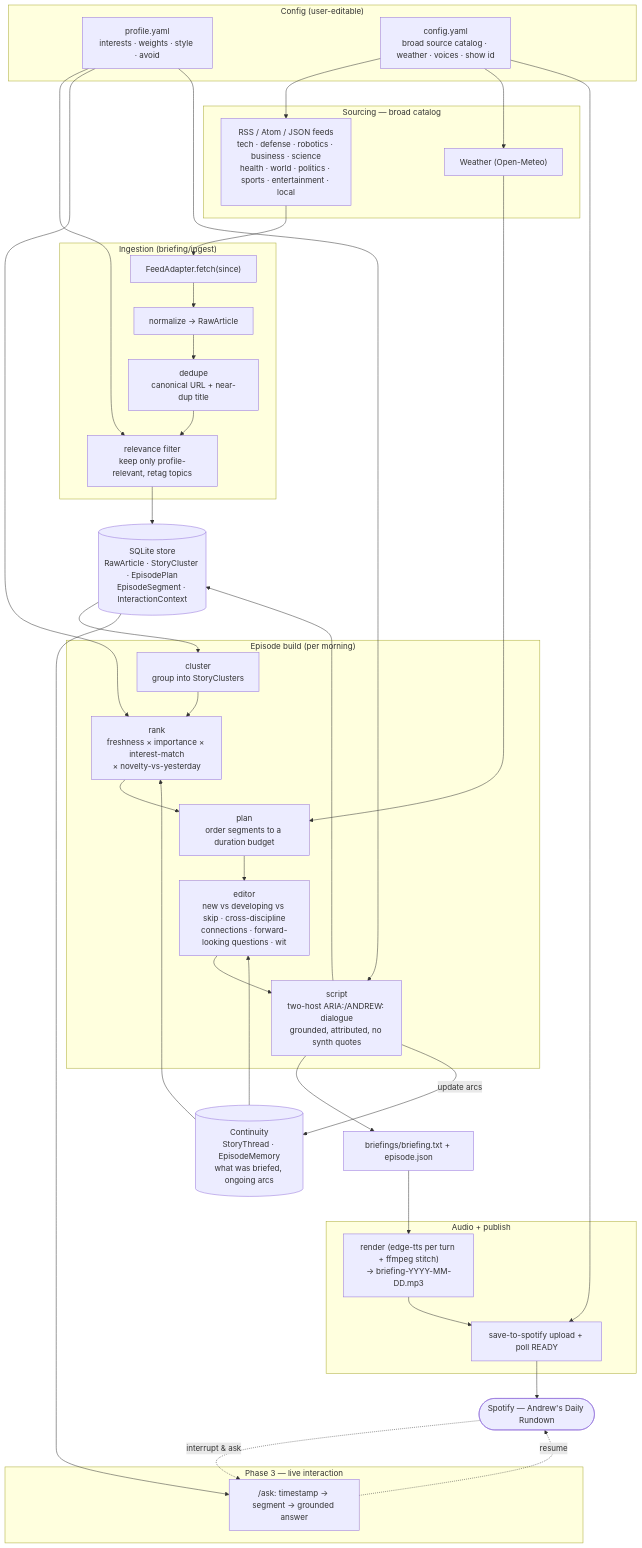
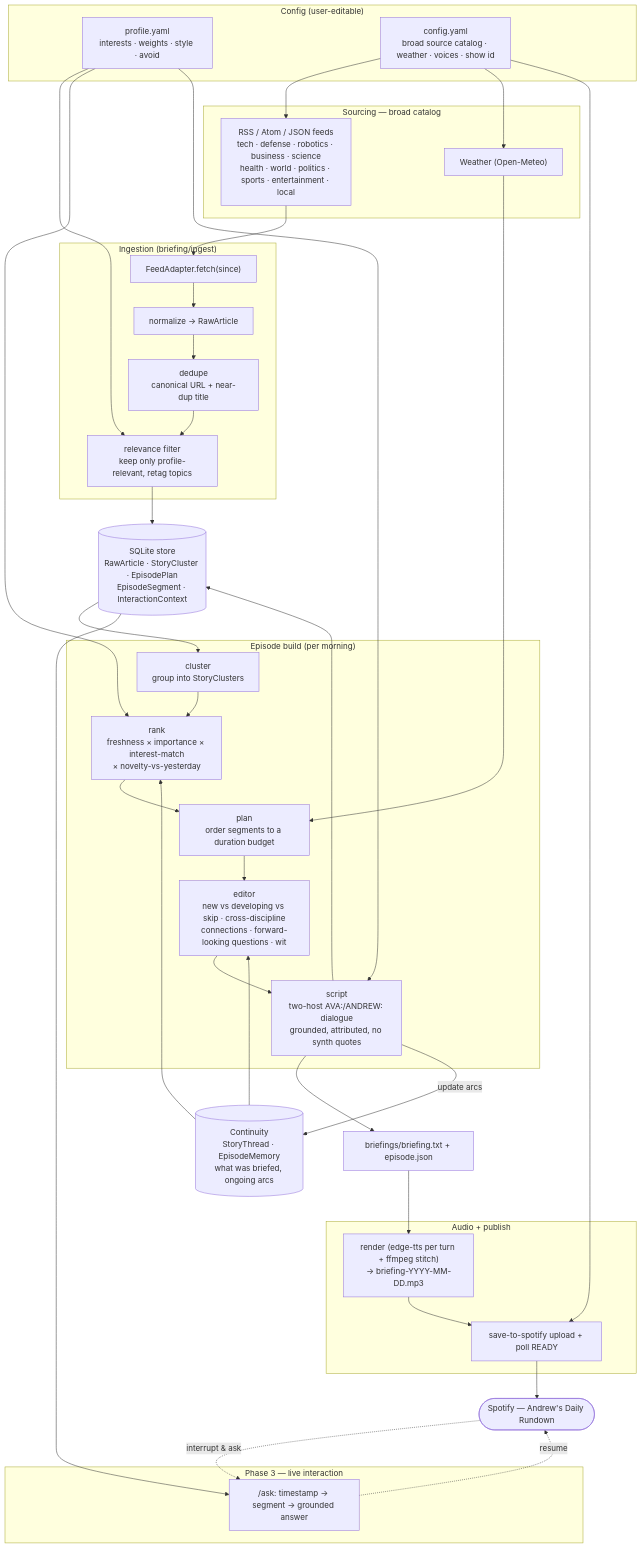
The diagram in docs/ARCHITECTURE.md (acsousa/daily-briefing), drawn with Mermaid before and after one commit. The commit also changed other lines of this file and 7 other files, not shown here.

First line of the commit message:
feat: rename female host ARIA -> AVA (en-US-AvaNeural)

````diff
--- a/docs/ARCHITECTURE.md
+++ b/docs/ARCHITECTURE.md
@@ -8,62 +8,62 @@
 ```mermaid
 flowchart TD
     subgraph CFG["Config (user-editable)"]
         PROF["profile.yaml<br/>interests · weights · style · avoid"]
         CONF["config.yaml<br/>broad source catalog · weather · voices · show id"]
     end
 
     subgraph SRC["Sourcing — broad catalog"]
         FEEDS["RSS / Atom / JSON feeds<br/>tech · defense · robotics · business · science<br/>health · world · politics · sports · entertainment · local"]
         WX["Weather (Open-Meteo)"]
     end
 
     subgraph ING["Ingestion (briefing/ingest)"]
         FETCH["FeedAdapter.fetch(since)"]
         NORM["normalize → RawArticle"]
         DEDUP["dedupe<br/>canonical URL + near-dup title"]
         REL["relevance filter<br/>keep only profile-relevant, retag topics"]
     end
 
     STORE[("SQLite store<br/>RawArticle · StoryCluster · EpisodePlan<br/>EpisodeSegment · InteractionContext")]
     THREADS[("Continuity<br/>StoryThread · EpisodeMemory<br/>what was briefed, ongoing arcs")]
 
     subgraph BUILD["Episode build (per morning)"]
         CLUSTER["cluster<br/>group into StoryClusters"]
         RANK["rank<br/>freshness × importance × interest-match<br/>× novelty-vs-yesterday"]
         PLAN["plan<br/>order segments to a duration budget"]
         EDITOR["editor<br/>new vs developing vs skip · cross-discipline<br/>connections · forward-looking questions · wit"]
-        SCRIPT["script<br/>two-host ARIA:/ANDREW: dialogue<br/>grounded, attributed, no synth quotes"]
+        SCRIPT["script<br/>two-host AVA:/ANDREW: dialogue<br/>grounded, attributed, no synth quotes"]
     end
 
     ARTIFACTS["briefings/briefing.txt + episode.json"]
 
     subgraph AUD["Audio + publish"]
         RENDER["render (edge-tts per turn + ffmpeg stitch)<br/>→ briefing-YYYY-MM-DD.mp3"]
         UPLOAD["save-to-spotify upload + poll READY"]
     end
 
     SPOTIFY(["Spotify — Andrew's Daily Rundown"])
 
     subgraph LIVE["Phase 3 — live interaction"]
         ASK["/ask: timestamp → segment → grounded answer"]
     end
 
     PROF --> REL
     PROF --> RANK
     PROF --> SCRIPT
     CONF --> FEEDS
     CONF --> WX
     CONF --> UPLOAD
 
     FEEDS --> FETCH --> NORM --> DEDUP --> REL --> STORE
     WX --> PLAN
     STORE --> CLUSTER --> RANK --> PLAN --> EDITOR --> SCRIPT --> ARTIFACTS
     THREADS --> RANK
     THREADS --> EDITOR
     SCRIPT --> STORE
     SCRIPT -- "update arcs" --> THREADS
     ARTIFACTS --> RENDER --> UPLOAD --> SPOTIFY
     STORE --> ASK
     SPOTIFY -. "interrupt & ask" .-> ASK
     ASK -. "resume" .-> SPOTIFY
 ```
````
